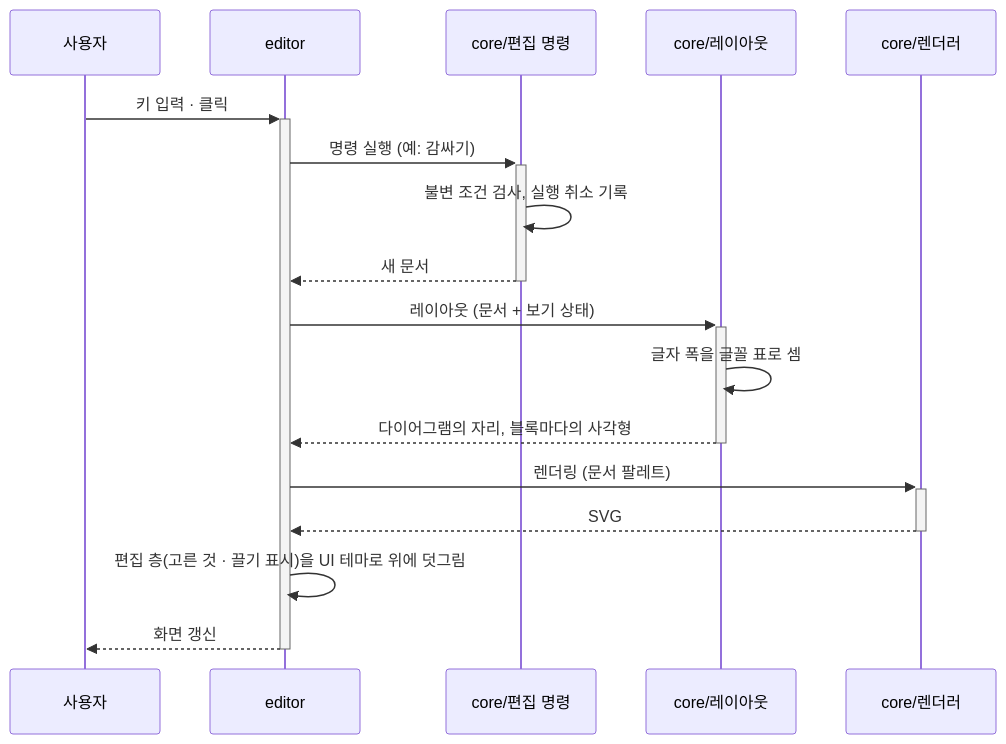
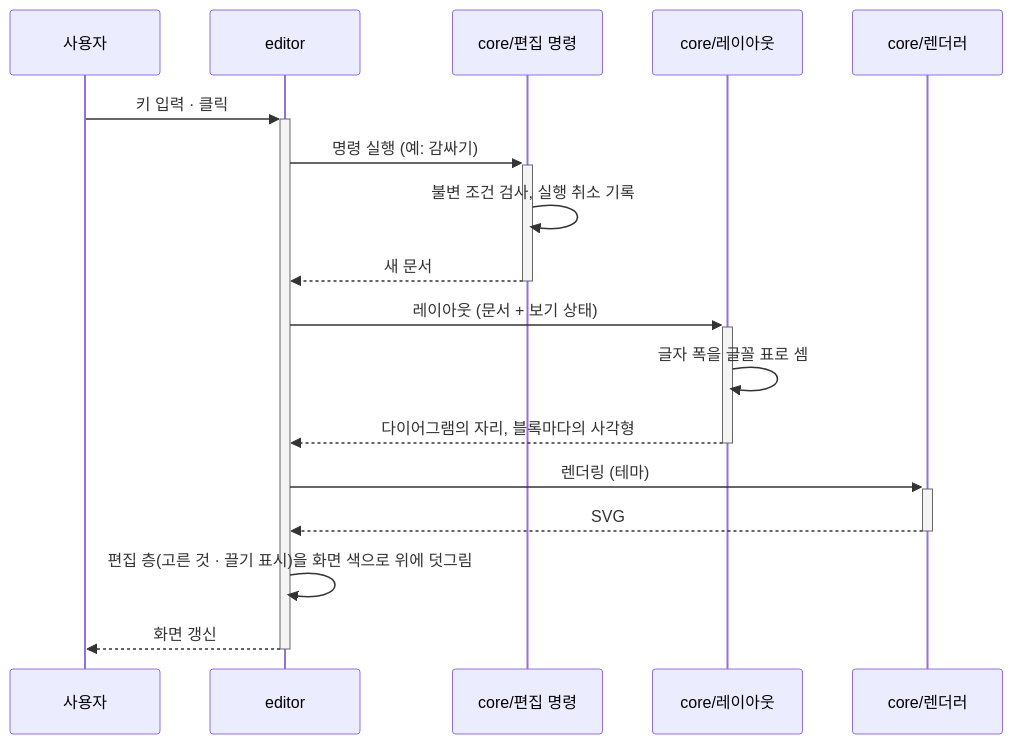
Before and after one commit to reddiana/AriadneNSD: the fourth of 5 diagrams in docs/03-architecture/03-architecture.md, drawn with Mermaid. The commit also changed other lines of this file and 15 other files, not shown here.

````diff
--- a/docs/03-architecture/03-architecture.md
+++ b/docs/03-architecture/03-architecture.md
@@ -160,19 +160,19 @@
 ```mermaid
 sequenceDiagram
     participant U as 사용자
     participant E as editor
     participant M as core/편집 명령
     participant L as core/레이아웃
     participant R as core/렌더러
     U->>+E: 키 입력 · 클릭
     E->>+M: 명령 실행 (예: 감싸기)
     M->>M: 불변 조건 검사, 실행 취소 기록
     M-->>-E: 새 문서
     E->>+L: 레이아웃 (문서 + 보기 상태)
     L->>L: 글자 폭을 글꼴 표로 셈
     L-->>-E: 다이어그램의 자리, 블록마다의 사각형
-    E->>+R: 렌더링 (문서 팔레트)
+    E->>+R: 렌더링 (테마)
     R-->>-E: SVG
-    E->>E: 편집 층(고른 것 · 끌기 표시)을 UI 테마로 위에 덧그림
+    E->>E: 편집 층(고른 것 · 끌기 표시)을 화면 색으로 위에 덧그림
     E-->>-U: 화면 갱신
 ```
````
